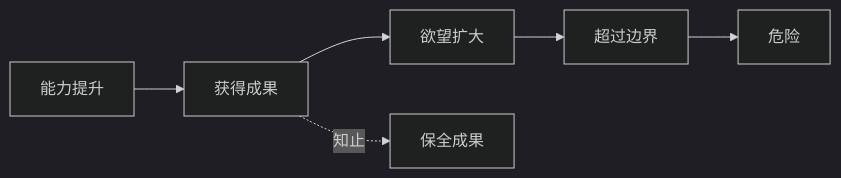
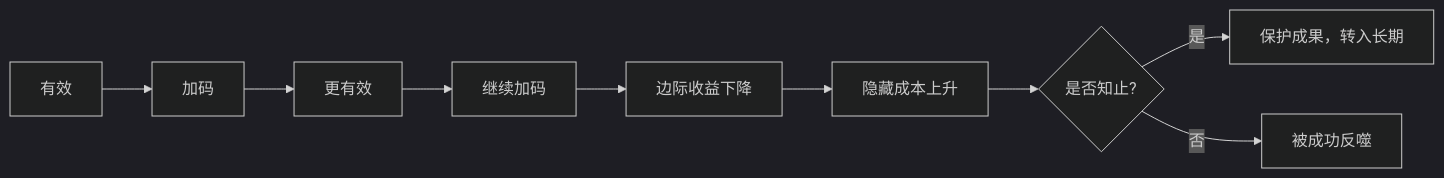
One commit to digoal/blog changed the second of 3 diagrams in 202605/20260518_41.md. Above: the diagram before and after it, drawn with Mermaid (dark theme). The commit also changed other lines of this file and 26 other files, not shown here.

````diff
--- a/202605/20260518_41.md
+++ b/202605/20260518_41.md
@@ -21,8 +66,11 @@
 ```mermaid
 flowchart LR
-  A["能力提升"] --> B["获得成果"]
-  B --> C["欲望扩大"]
-  C --> D["超过边界"]
-  D --> E["危险"]
-  B -. "知止" .-> F["保全成果"]
+  A["有效"] --> B["加码"]
+  B --> C["更有效"]
+  C --> D["继续加码"]
+  D --> E["边际收益下降"]
+  E --> F["隐藏成本上升"]
+  F --> G{"是否知止?"}
+  G -->|"是"| H["保护成果，转入长期"]
+  G -->|"否"| I["被成功反噬"]
 ```
````
